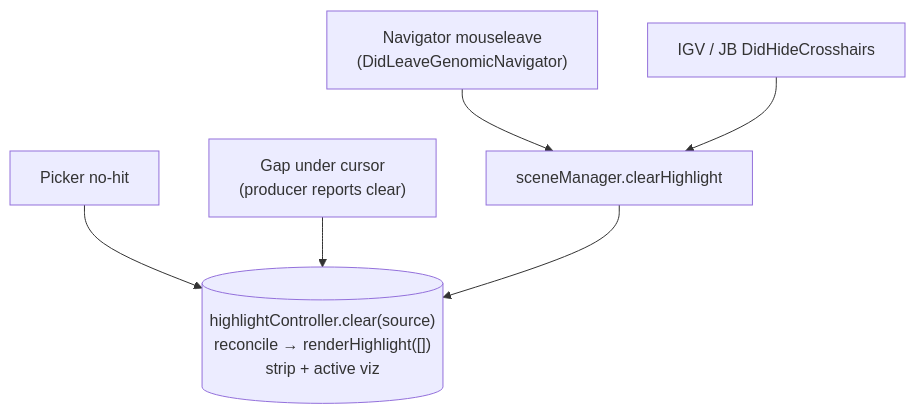
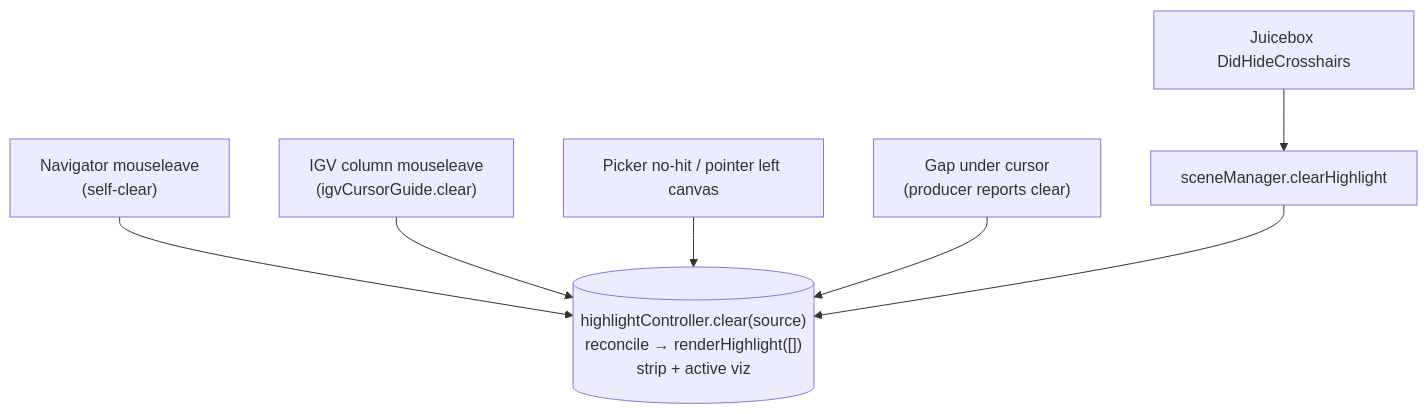
One commit to aidenlab/spacewalk changed the seventh of 7 diagrams in development-notes/highlighting-participant-map.md. Above: the diagram before and after it, drawn with Mermaid. The commit also changed other lines of this file and 9 other files, not shown here.

First line of the commit message:
Highlighting: dissolve DidEnter/LeaveGenomicNavigator + retire picker.isEnabled (#69)

````diff
--- a/development-notes/highlighting-participant-map.md
+++ b/development-notes/highlighting-participant-map.md
@@ -333,9 +316,10 @@
 ```mermaid
 %%{init: {'themeVariables': {'fontSize': '16px', 'fontFamily': 'arial'}}}%%
 flowchart TB
-    E1["Navigator mouseleave<br/>(DidLeaveGenomicNavigator)"] --> CH["sceneManager.clearHighlight"]
-    E2["IGV / JB DidHideCrosshairs"] --> CH
-    E3["Picker no-hit"] --> HC
-    E4["Gap under cursor<br/>(producer reports clear)"] --> HC
+    E1["Navigator mouseleave<br/>(self-clear)"] --> HC
+    E2["IGV column mouseleave<br/>(igvCursorGuide.clear)"] --> HC
+    E3["Juicebox DidHideCrosshairs"] --> CH["sceneManager.clearHighlight"]
+    E4["Picker no-hit / pointer left canvas"] --> HC
+    E5["Gap under cursor<br/>(producer reports clear)"] --> HC
     CH --> HC[("highlightController.clear(source)<br/>reconcile → renderHighlight([])<br/>strip + active viz")]
 ```
````
